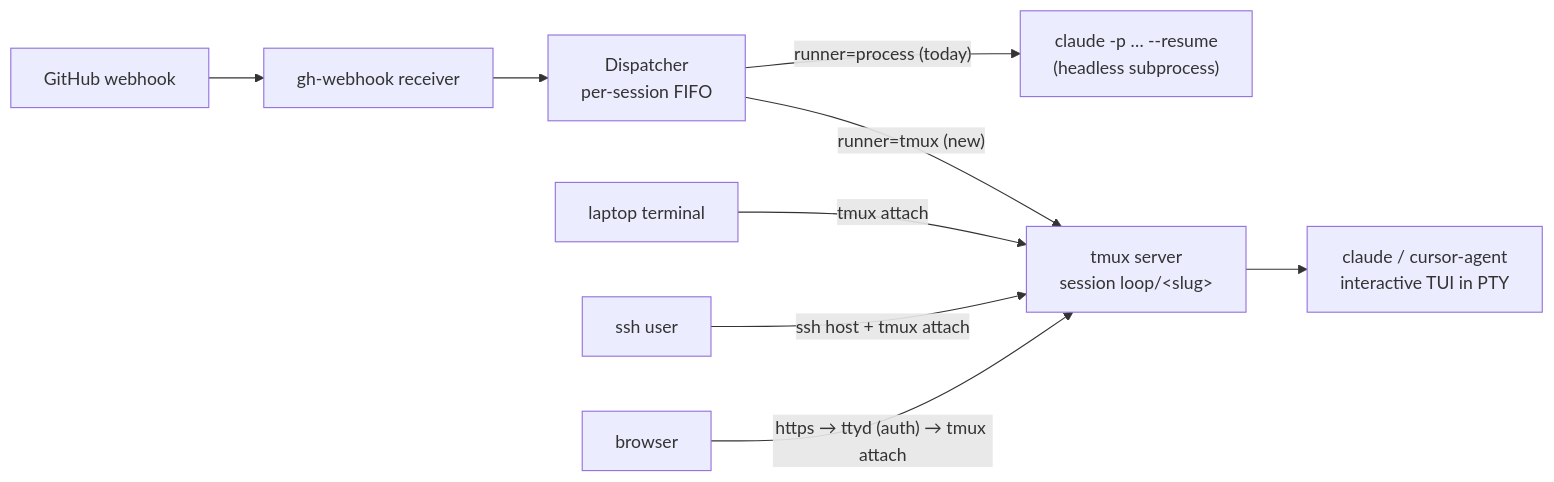
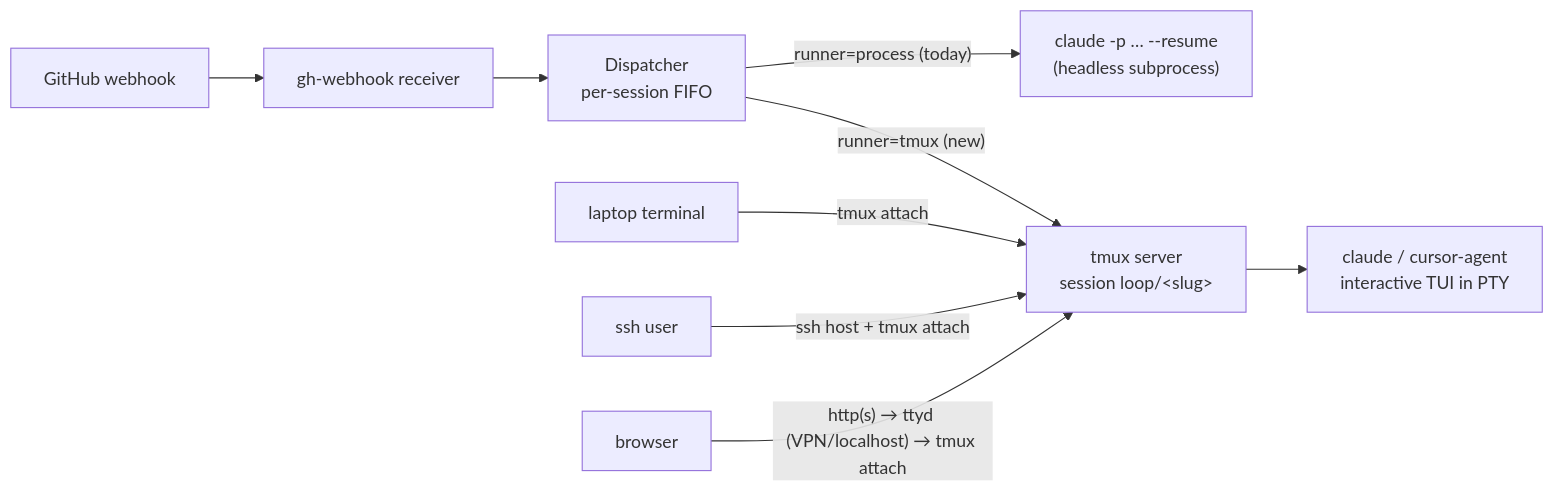
The diagram in docs/specs/issue-32/brainstorm.md (MadaraUchiha-314/the-loop), drawn with Mermaid before and after one commit. The commit also changed other lines of this file and 1 other file, not shown here.

First line of the commit message:
docs(specs): resolve Q5 (receiver-global runner) and Q4 auth assumption in issue-32 brainstorm

````diff
--- a/docs/specs/issue-32/brainstorm.md
+++ b/docs/specs/issue-32/brainstorm.md
@@ -146,11 +151,11 @@
 ```mermaid
 flowchart LR
     GH[GitHub webhook] --> RX[gh-webhook receiver]
     RX --> D[Dispatcher<br/>per-session FIFO]
     D -- "runner=process (today)" --> P["claude -p … --resume<br/>(headless subprocess)"]
     D -- "runner=tmux (new)" --> T["tmux server<br/>session loop/&lt;slug&gt;"]
     T --> H["claude / cursor-agent<br/>interactive TUI in PTY"]
     U1[laptop terminal] -- "tmux attach" --> T
     U2[ssh user] -- "ssh host + tmux attach" --> T
-    U3[browser] -- "https → ttyd (auth) → tmux attach" --> T
+    U3[browser] -- "http(s) → ttyd (VPN/localhost) → tmux attach" --> T
 ```
````
